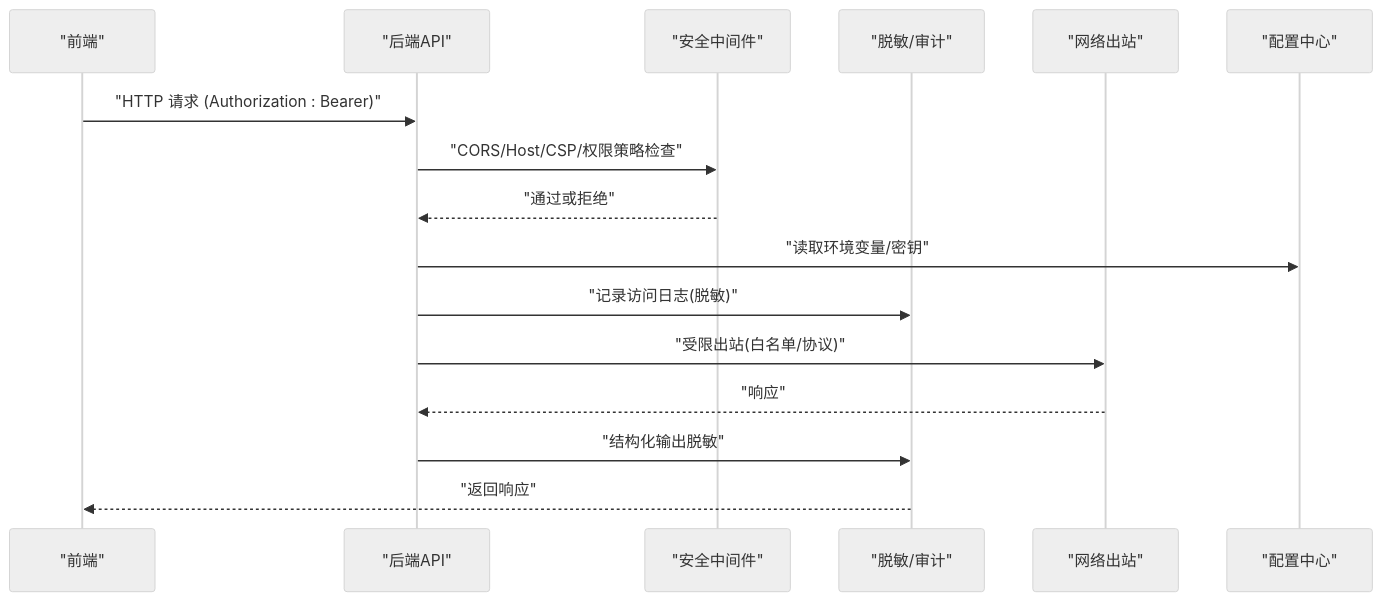
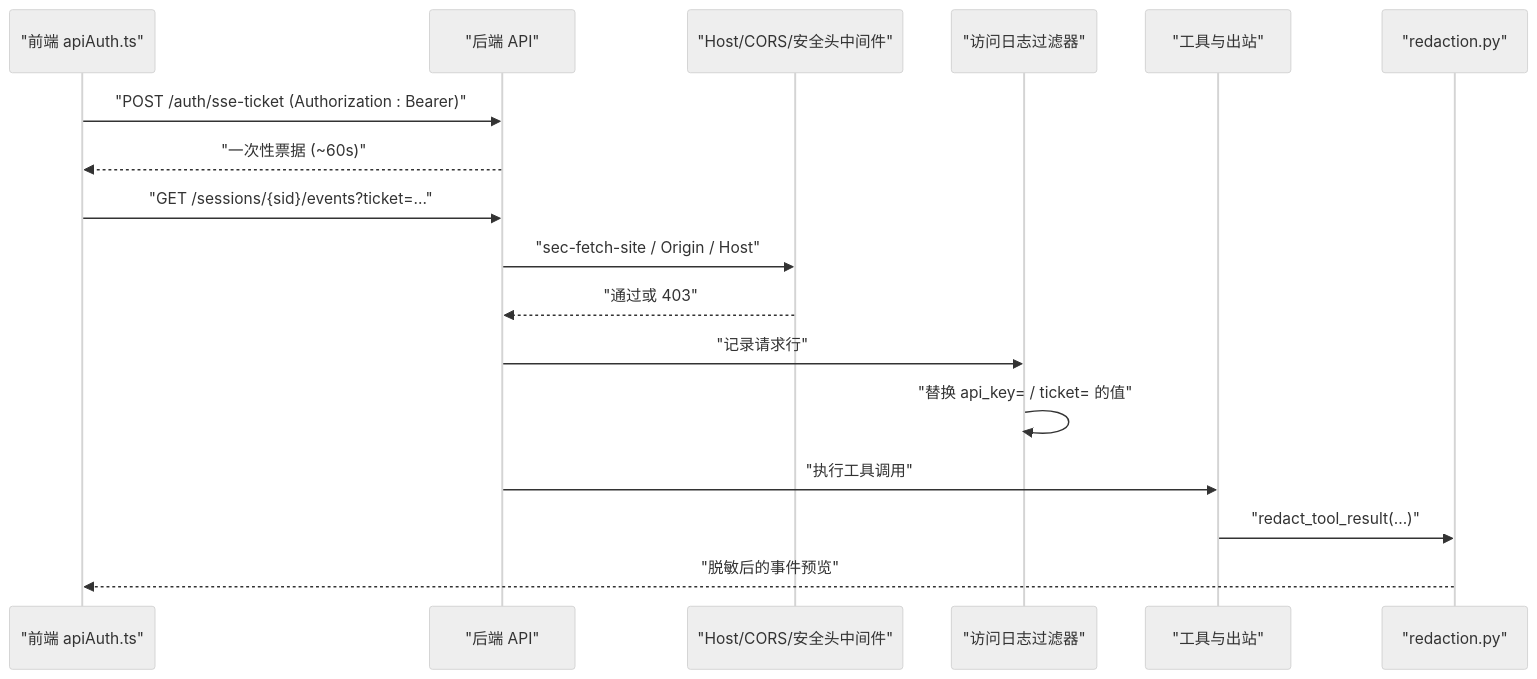
The second of 5 diagrams in repowiki/topics/安全与治理/数据安全.md (hjfire/vibe-trading-fw), drawn with Mermaid (neutral theme) before and after one commit. The commit also changed other lines of this file and 5 other files, not shown here.

````diff
--- a/repowiki/topics/安全与治理/数据安全.md
+++ b/repowiki/topics/安全与治理/数据安全.md
@@ -135,18 +135,19 @@
 ```mermaid
 sequenceDiagram
-participant FE as "前端"
-participant API as "后端API"
-participant SEC as "安全中间件"
-participant RED as "脱敏/审计"
-participant NET as "网络出站"
-participant CFG as "配置中心"
-FE->>API : "HTTP 请求 (Authorization : Bearer)"
-API->>SEC : "CORS/Host/CSP/权限策略检查"
-SEC-->>API : "通过或拒绝"
-API->>CFG : "读取环境变量/密钥"
-API->>RED : "记录访问日志(脱敏)"
-API->>NET : "受限出站(白名单/协议)"
-NET-->>API : "响应"
-API->>RED : "结构化输出脱敏"
-RED-->>FE : "返回响应"
+participant FE as "前端 apiAuth.ts"
+participant API as "后端 API"
+participant MW as "Host/CORS/安全头中间件"
+participant LOG as "访问日志过滤器"
+participant TOOL as "工具与出站"
+participant RED as "redaction.py"
+FE->>API : "POST /auth/sse-ticket (Authorization : Bearer)"
+API-->>FE : "一次性票据 (~60s)"
+FE->>API : "GET /sessions/{sid}/events?ticket=..."
+API->>MW : "sec-fetch-site / Origin / Host"
+MW-->>API : "通过或 403"
+API->>LOG : "记录请求行"
+LOG->>LOG : "替换 api_key= / ticket= 的值"
+API->>TOOL : "执行工具调用"
+TOOL->>RED : "redact_tool_result(...)"
+RED-->>FE : "脱敏后的事件预览"
 ```
````
